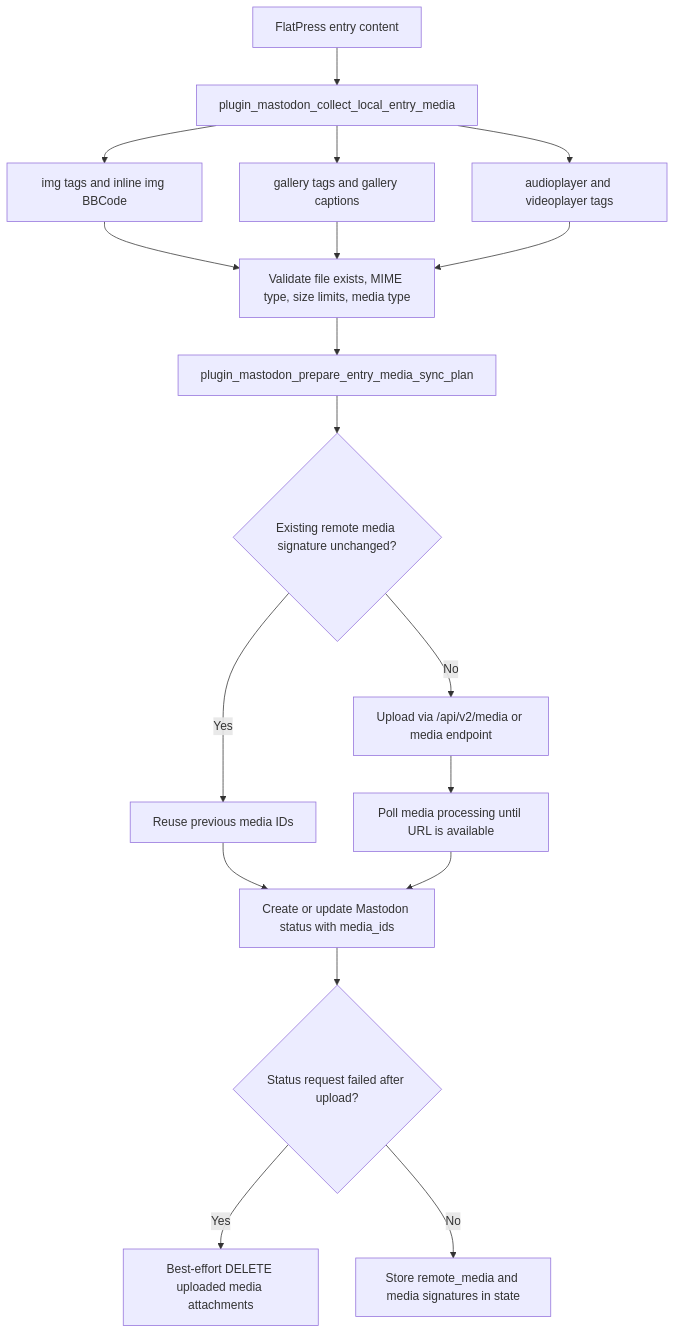
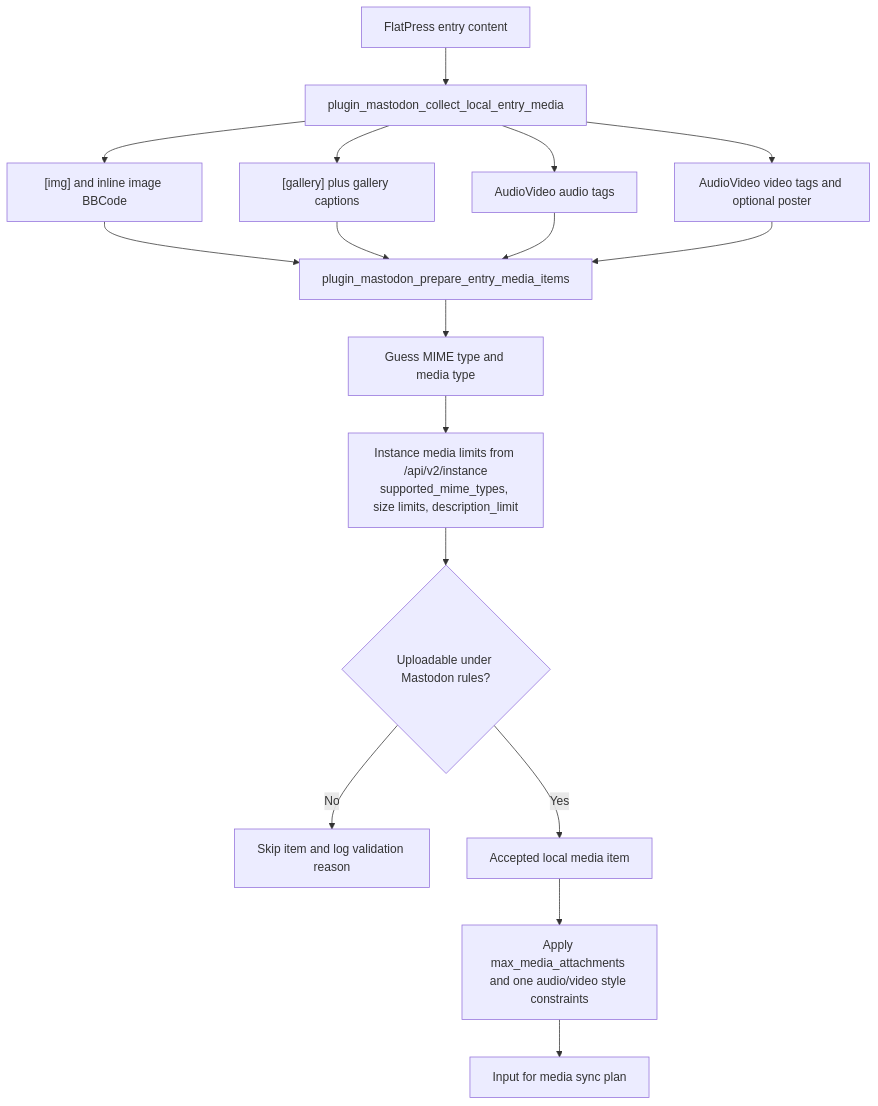
One commit to flatpressblog/flatpress changed diagram 12 of 32 in fp-plugins/mastodon/Plugin-Process-Flow.md. Above: the diagram before and after it, drawn with Mermaid. The commit also changed other lines of this file and 4 other files, not shown here.

````diff
--- a/fp-plugins/mastodon/Plugin-Process-Flow.md
+++ b/fp-plugins/mastodon/Plugin-Process-Flow.md
@@ -235,29 +413,26 @@
 ```mermaid
 flowchart TD
     EntryContent["FlatPress entry content"]
     Collect["plugin_mastodon_collect_local_entry_media"]
-    ImageTags["img tags and inline img BBCode"]
-    GalleryTags["gallery tags and gallery captions"]
-    AudioVideoTags["audioplayer and videoplayer tags"]
-    Validate["Validate file exists, MIME type, size limits, media type"]
-    Plan["plugin_mastodon_prepare_entry_media_sync_plan"]
-    Reuse{"Existing remote media signature unchanged?"}
-    Upload["Upload via /api/v2/media or media endpoint"]
-    Wait["Poll media processing until URL is available"]
-    ReuseIDs["Reuse previous media IDs"]
-    Status["Create or update Mastodon status with media_ids"]
-    Cleanup{"Status request failed after upload?"}
-    DeleteUpload["Best-effort DELETE uploaded media attachments"]
-    StoreMeta["Store remote_media and media signatures in state"]
+    Images["[img] and inline image BBCode"]
+    Galleries["[gallery] plus gallery captions"]
+    Audio["AudioVideo audio tags"]
+    Video["AudioVideo video tags and optional poster"]
+    Items["plugin_mastodon_prepare_entry_media_items"]
+    Mime["Guess MIME type and media type"]
+    Limits["Instance media limits from /api/v2/instance<br/>supported_mime_types, size limits, description_limit"]
+    Rules{"Uploadable under Mastodon rules?"}
+    Reject["Skip item and log validation reason"]
+    Accepted["Accepted local media item"]
+    AttachmentLimit["Apply max_media_attachments and one audio/video style constraints"]
+    PlanInput["Input for media sync plan"]
 
     EntryContent --> Collect
-    Collect --> ImageTags --> Validate
-    Collect --> GalleryTags --> Validate
-    Collect --> AudioVideoTags --> Validate
-    Validate --> Plan --> Reuse
-    Reuse -- "Yes" --> ReuseIDs --> Status
-    Reuse -- "No" --> Upload --> Wait --> Status
-    Status --> Cleanup
-    Cleanup -- "Yes" --> DeleteUpload
-    Cleanup -- "No" --> StoreMeta
+    Collect --> Images --> Items
+    Collect --> Galleries --> Items
+    Collect --> Audio --> Items
+    Collect --> Video --> Items
+    Items --> Mime --> Limits --> Rules
+    Rules -- "No" --> Reject
+    Rules -- "Yes" --> Accepted --> AttachmentLimit --> PlanInput
 ```
````
